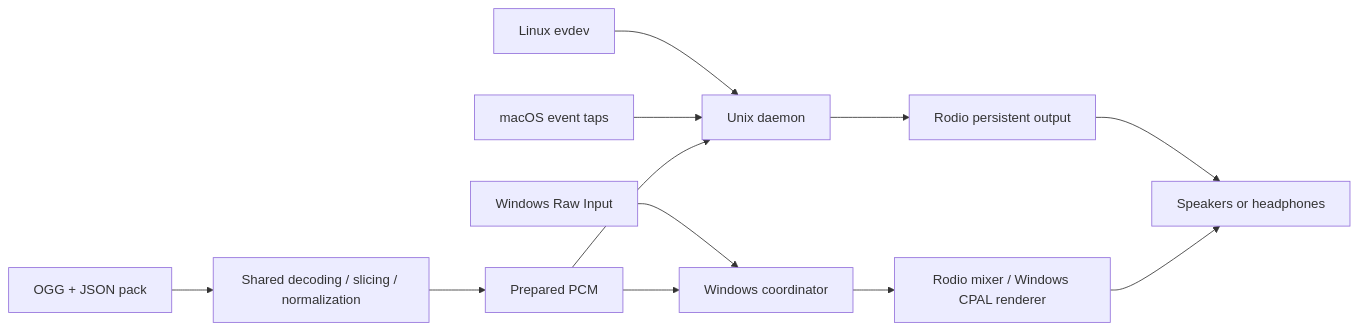
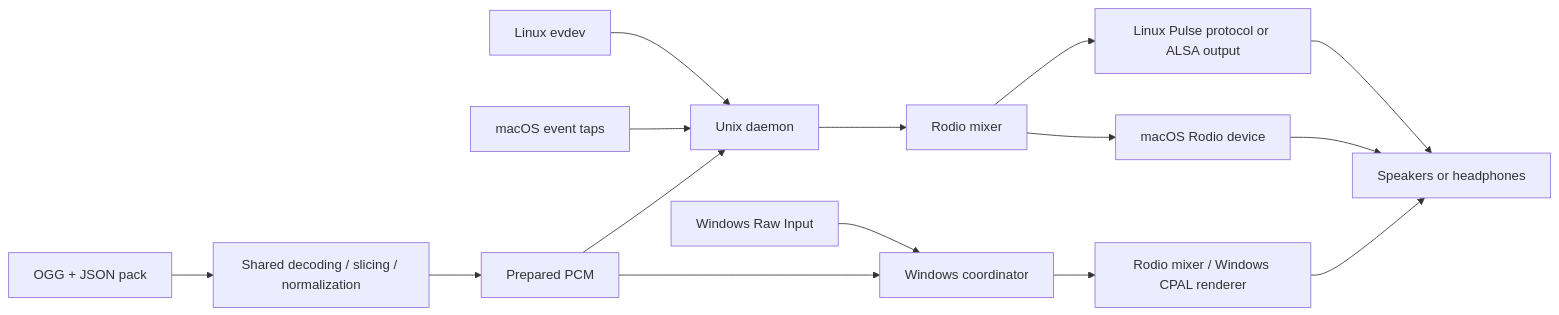
Before and after one commit to Muneer320/klicky: the first of 3 diagrams in docs/ARCHITECTURE.md, drawn with Mermaid. The commit also changed other lines of this file and 20 other files, not shown here.

Commit message:
feat: remember Linux audio output choices

````diff
--- a/docs/ARCHITECTURE.md
+++ b/docs/ARCHITECTURE.md
@@ -11,14 +11,17 @@
 ```mermaid
 flowchart LR
     L[Linux evdev] --> U[Unix daemon]
     M[macOS event taps] --> U
     W[Windows Raw Input] --> C[Windows coordinator]
     P[OGG + JSON pack] --> S[Shared decoding / slicing / normalization]
     S --> PCM[Prepared PCM]
     PCM --> U
     PCM --> C
-    U --> R[Rodio persistent output]
+    U --> R[Rodio mixer]
+    R --> LP[Linux Pulse protocol or ALSA output]
+    R --> MA[macOS Rodio device]
     C --> A[Rodio mixer / Windows CPAL renderer]
-    R --> O[Speakers or headphones]
+    LP --> O[Speakers or headphones]
+    MA --> O
     A --> O
 ```
````
